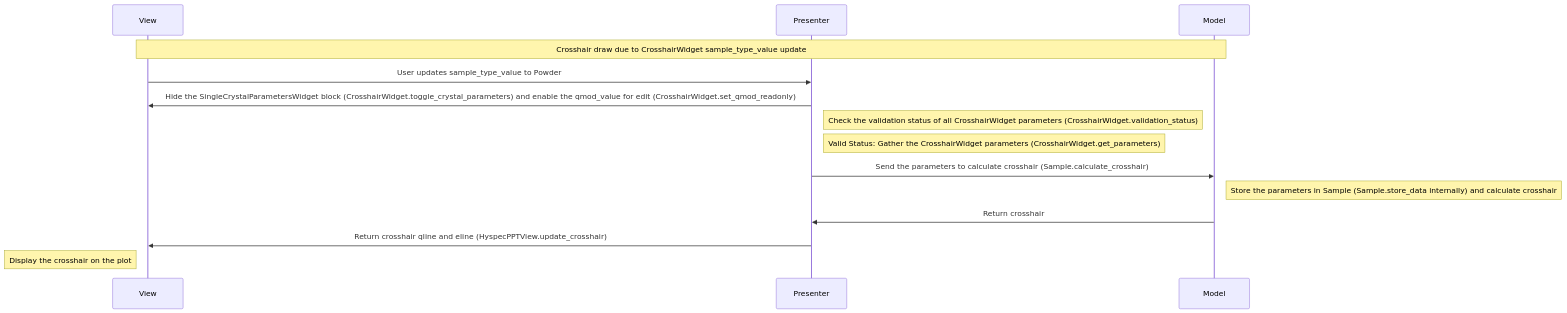
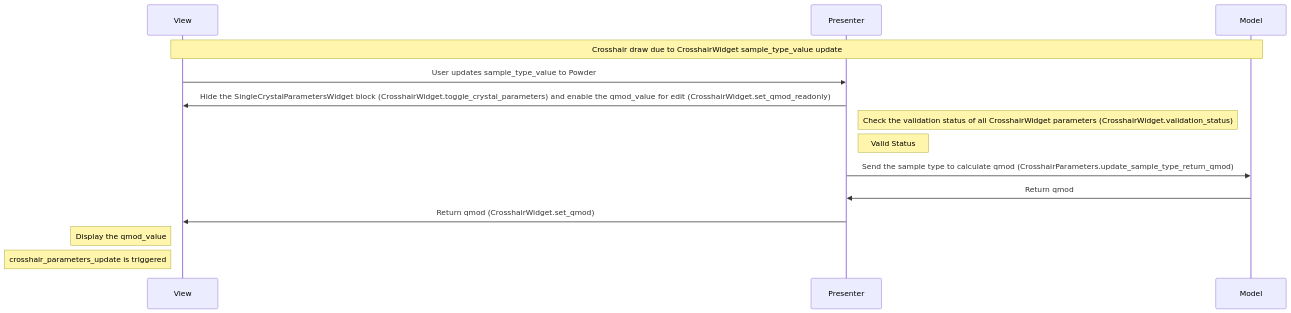
One commit to neutrons/hyspecppt changed the ninth of 12 diagrams in docs/source/design/hyspecpptclasses.rst. Above: the diagram before and after it, drawn with Mermaid. The commit also changed other lines of this file, not shown here.

```diff
--- a/docs/source/design/hyspecpptclasses.rst
+++ b/docs/source/design/hyspecpptclasses.rst
@@ -546,17 +523,17 @@
             .. mermaid::
 
                 sequenceDiagram
                     participant View
                     participant Presenter
                     participant Model
 
                     Note over View,Model: Crosshair draw due to CrosshairWidget sample_type_value update
                     View->>Presenter: User updates sample_type_value to Powder
                     Presenter->>View: Hide the SingleCrystalParametersWidget block (CrosshairWidget.toggle_crystal_parameters) and enable the qmod_value for edit (CrosshairWidget.set_qmod_readonly)
                     Note right of Presenter: Check the validation status of all CrosshairWidget parameters (CrosshairWidget.validation_status)
-                    Note right of Presenter: Valid Status: Gather the CrosshairWidget parameters (CrosshairWidget.get_parameters)
-                    Presenter->>Model: Send the parameters to calculate crosshair (Sample.calculate_crosshair)
-                    Note right of Model: Store the parameters in Sample (Sample.store_data internally) and calculate crosshair
-                    Model->>Presenter: Return crosshair
-                    Presenter->>View: Return crosshair qline and eline (HyspecPPTView.update_crosshair)
-                    Note left of View: Display the crosshair on the plot
+                    Note right of Presenter: Valid Status
+                    Presenter->>Model: Send the sample type to calculate qmod (CrosshairParameters.update_sample_type_return_qmod)
+                    Model->>Presenter: Return qmod
+                    Presenter->>View: Return qmod (CrosshairWidget.set_qmod)
+                    Note left of View: Display the qmod_value
+                    Note left of View: crosshair_parameters_update is triggered
```
